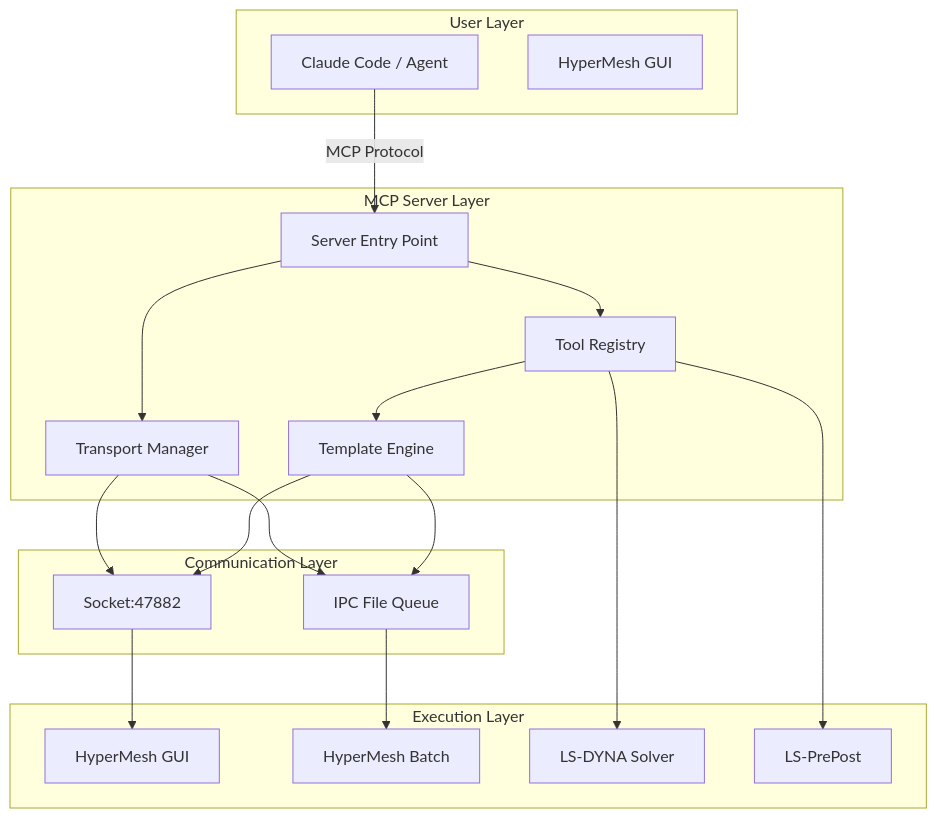
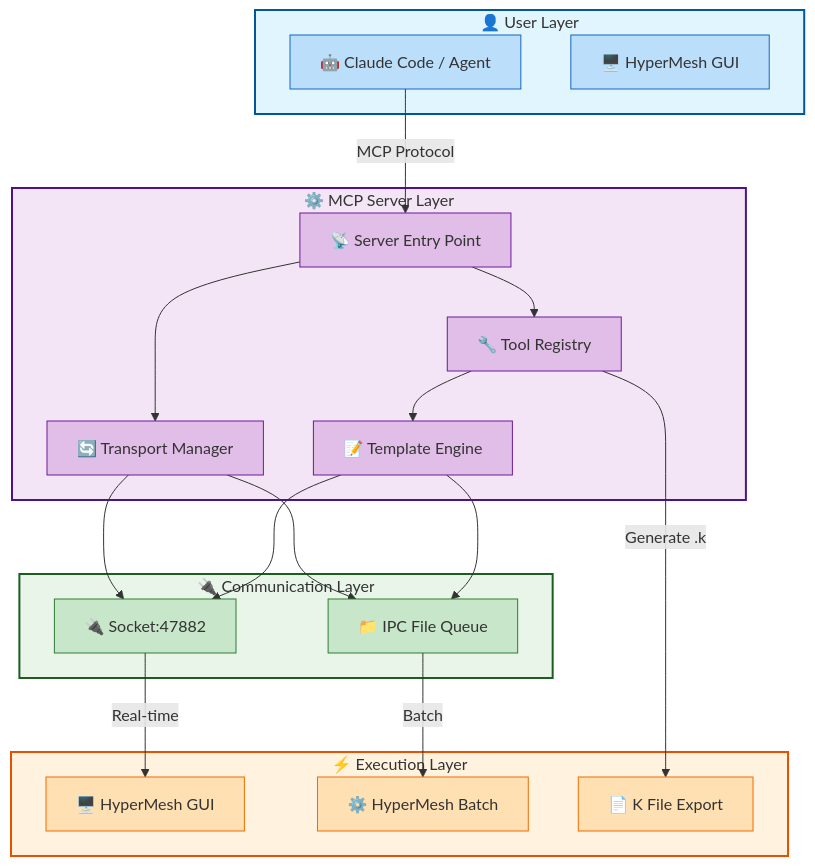
One commit to yesooner/hyper-dyna-mcp changed the second of 2 diagrams in README.en.md. Above: the diagram before and after it, drawn with Mermaid. The commit also changed other lines of this file and 6 other files, not shown here.

First line of the commit message:
docs: 添加 HyperMesh GUI 使用步骤和美化架构图

````diff
--- a/README.en.md
+++ b/README.en.md
@@ -232,39 +264,53 @@
 ```mermaid
 graph TB
-    subgraph "User Layer"
-        A[Claude Code / Agent]
-        B[HyperMesh GUI]
+    subgraph User["👤 User Layer"]
+        style User fill:#e1f5fe,stroke:#01579b,stroke-width:2px
+        A["🤖 Claude Code / Agent"]
+        B["🖥️ HyperMesh GUI"]
     end
     
-    subgraph "MCP Server Layer"
-        C[Server Entry Point]
-        D[Transport Manager]
-        E[Tool Registry]
-        F[Template Engine]
+    subgraph MCP["⚙️ MCP Server Layer"]
+        style MCP fill:#f3e5f5,stroke:#4a148c,stroke-width:2px
+        C["📡 Server Entry Point"]
+        D["🔄 Transport Manager"]
+        E["🔧 Tool Registry"]
+        F["📝 Template Engine"]
     end
     
-    subgraph "Communication Layer"
-        G[Socket:47882]
-        H[IPC File Queue]
+    subgraph Comm["🔌 Communication Layer"]
+        style Comm fill:#e8f5e8,stroke:#1b5e20,stroke-width:2px
+        G["🔌 Socket:47882"]
+        H["📁 IPC File Queue"]
     end
     
-    subgraph "Execution Layer"
-        J[HyperMesh GUI]
-        K[HyperMesh Batch]
-        L[LS-DYNA Solver]
-        M[LS-PrePost]
+    subgraph Exec["⚡ Execution Layer"]
+        style Exec fill:#fff3e0,stroke:#e65100,stroke-width:2px
+        J["🖥️ HyperMesh GUI"]
+        K["⚙️ HyperMesh Batch"]
+        L["📄 K File Export"]
     end
     
-    A -->|MCP Protocol| C
+    A -->|"MCP Protocol"| C
     C --> D
     D --> G
     D --> H
     C --> E
     E --> F
     F --> G
     F --> H
-    G --> J
-    H --> K
-    E --> L
-    E --> M
+    G -->|"Real-time"| J
+    H -->|"Batch"| K
+    E -->|"Generate .k"| L
+    
+    style A fill:#bbdefb,stroke:#1565c0
+    style B fill:#bbdefb,stroke:#1565c0
+    style C fill:#e1bee7,stroke:#6a1b9a
+    style D fill:#e1bee7,stroke:#6a1b9a
+    style E fill:#e1bee7,stroke:#6a1b9a
+    style F fill:#e1bee7,stroke:#6a1b9a
+    style G fill:#c8e6c9,stroke:#2e7d32
+    style H fill:#c8e6c9,stroke:#2e7d32
+    style J fill:#ffe0b2,stroke:#ef6c00
+    style K fill:#ffe0b2,stroke:#ef6c00
+    style L fill:#ffe0b2,stroke:#ef6c00
 ```
````
